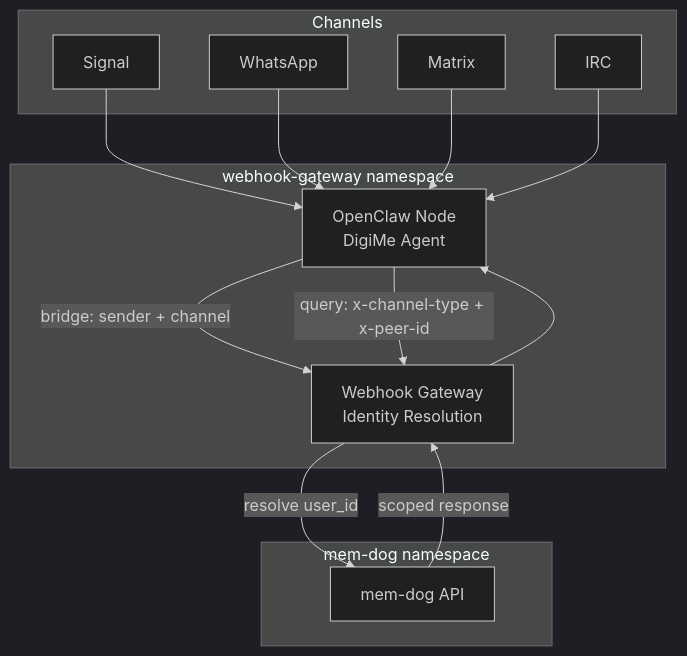
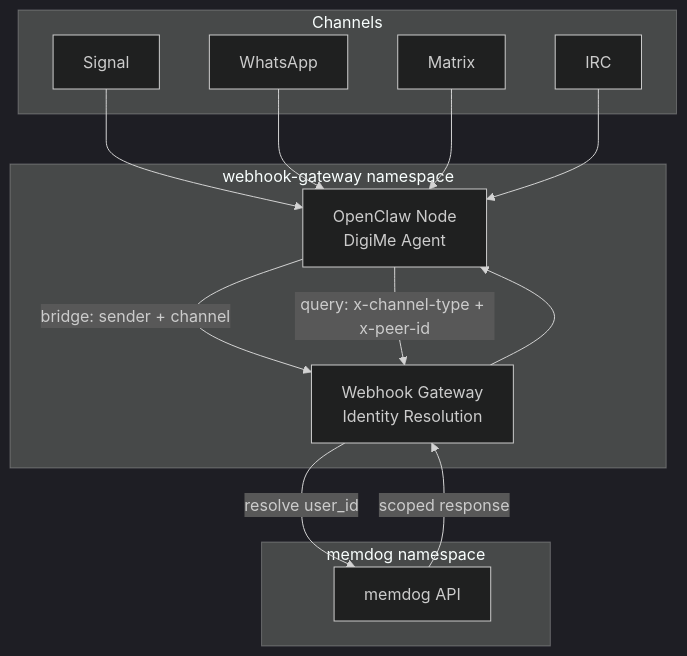
The diagram in docs/apps/openclaw-node/setup.md (BuildGeekAI/mem-dog), drawn with Mermaid (dark theme) before and after one commit. The commit also changed other lines of this file and 412 other files, not shown here.

````diff
--- a/docs/apps/openclaw-node/setup.md
+++ b/docs/apps/openclaw-node/setup.md
@@ -7,29 +7,29 @@
 ```mermaid
 graph TD
     subgraph Channels
         SIG[Signal]
         WA[WhatsApp]
         MTX[Matrix]
         IRC[IRC]
     end
 
     subgraph GKE ["webhook-gateway namespace"]
         OC[OpenClaw Node<br/>DigiMe Agent]
         GW[Webhook Gateway<br/>Identity Resolution]
     end
 
-    subgraph MemDog ["mem-dog namespace"]
-        API[mem-dog API]
+    subgraph MemDog ["memdog namespace"]
+        API[memdog API]
     end
 
     SIG --> OC
     WA --> OC
     MTX --> OC
     IRC --> OC
 
     OC -- "bridge: sender + channel" --> GW
     OC -- "query: x-channel-type + x-peer-id" --> GW
     GW -- "resolve user_id" --> API
     API -- "scoped response" --> GW
     GW --> OC
 ```
````
